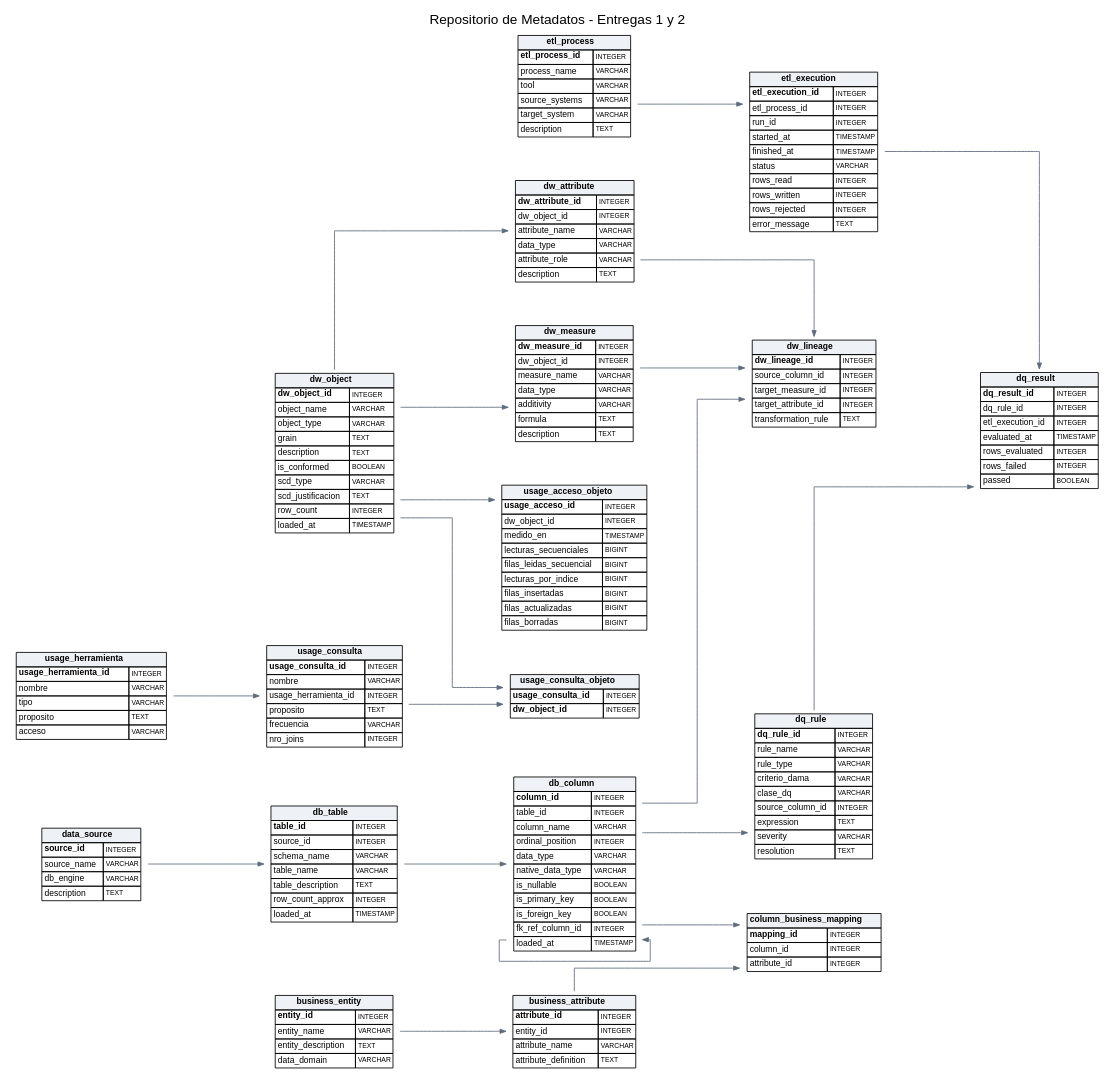
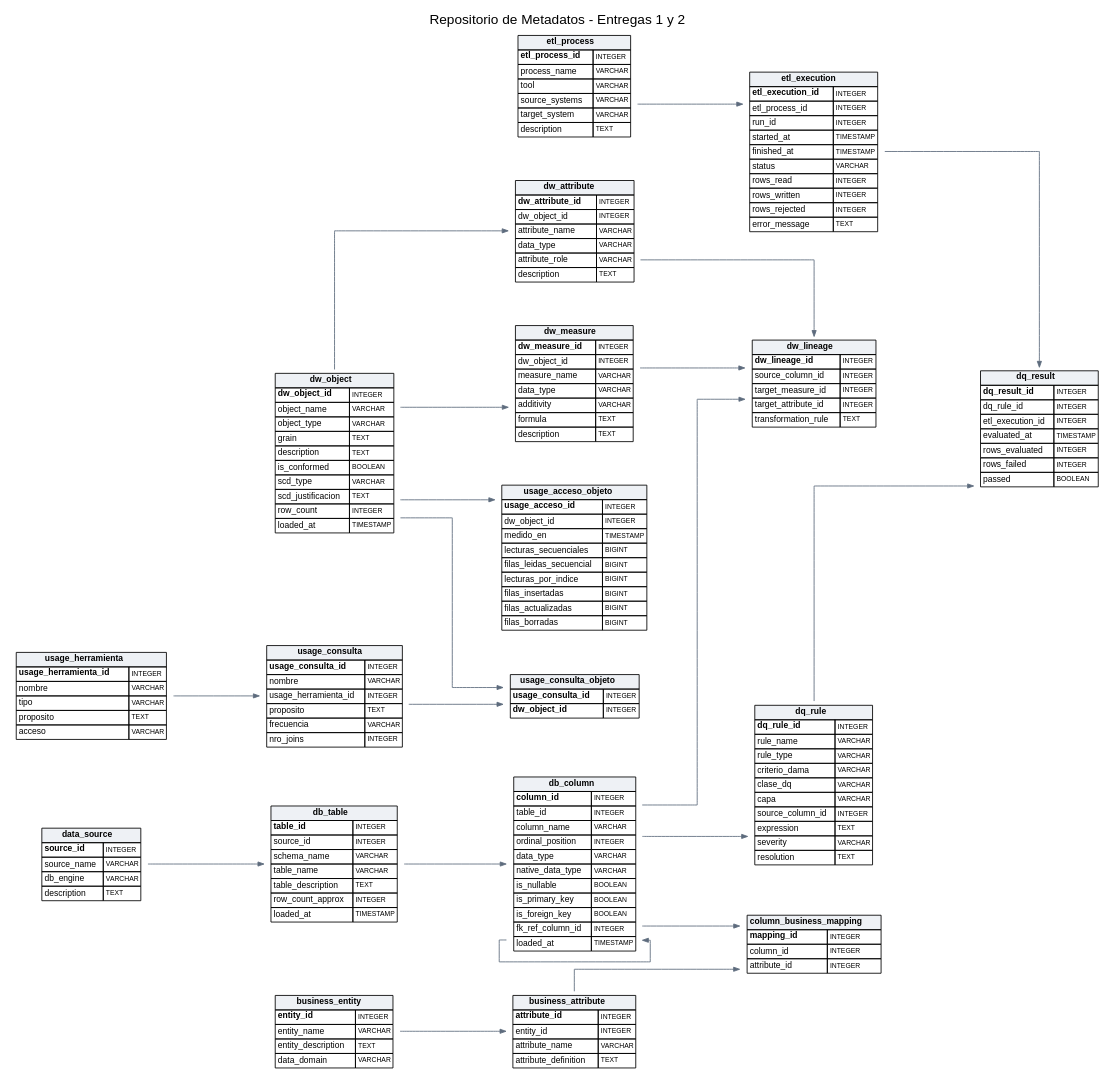
One commit to salo368/proyecto-modelos-datos changed the diagram in docs/Entrega_2/img/repositorio_metadatos.dot. Above: the diagram before and after it, drawn with Graphviz. The commit also changed 29 other files, not shown here.

```diff
--- a/docs/Entrega_2/img/repositorio_metadatos.dot
+++ b/docs/Entrega_2/img/repositorio_metadatos.dot
@@ -9,7 +9,7 @@
     db_column [label=<<TABLE BORDER="0" CELLBORDER="1" CELLSPACING="0"><TR><TD COLSPAN="2" BGCOLOR="#eef1f5"><B>db_column</B></TD></TR><TR><TD ALIGN="LEFT"><B>column_id</B></TD><TD ALIGN="LEFT"><FONT POINT-SIZE="8">INTEGER</FONT></TD></TR><TR><TD ALIGN="LEFT">table_id</TD><TD ALIGN="LEFT"><FONT POINT-SIZE="8">INTEGER</FONT></TD></TR><TR><TD ALIGN="LEFT">column_name</TD><TD ALIGN="LEFT"><FONT POINT-SIZE="8">VARCHAR</FONT></TD></TR><TR><TD ALIGN="LEFT">ordinal_position</TD><TD ALIGN="LEFT"><FONT POINT-SIZE="8">INTEGER</FONT></TD></TR><TR><TD ALIGN="LEFT">data_type</TD><TD ALIGN="LEFT"><FONT POINT-SIZE="8">VARCHAR</FONT></TD></TR><TR><TD ALIGN="LEFT">native_data_type</TD><TD ALIGN="LEFT"><FONT POINT-SIZE="8">VARCHAR</FONT></TD></TR><TR><TD ALIGN="LEFT">is_nullable</TD><TD ALIGN="LEFT"><FONT POINT-SIZE="8">BOOLEAN</FONT></TD></TR><TR><TD ALIGN="LEFT">is_primary_key</TD><TD ALIGN="LEFT"><FONT POINT-SIZE="8">BOOLEAN</FONT></TD></TR><TR><TD ALIGN="LEFT">is_foreign_key</TD><TD ALIGN="LEFT"><FONT POINT-SIZE="8">BOOLEAN</FONT></TD></TR><TR><TD ALIGN="LEFT">fk_ref_column_id</TD><TD ALIGN="LEFT"><FONT POINT-SIZE="8">INTEGER</FONT></TD></TR><TR><TD ALIGN="LEFT">loaded_at</TD><TD ALIGN="LEFT"><FONT POINT-SIZE="8">TIMESTAMP</FONT></TD></TR></TABLE>>];
     db_table [label=<<TABLE BORDER="0" CELLBORDER="1" CELLSPACING="0"><TR><TD COLSPAN="2" BGCOLOR="#eef1f5"><B>db_table</B></TD></TR><TR><TD ALIGN="LEFT"><B>table_id</B></TD><TD ALIGN="LEFT"><FONT POINT-SIZE="8">INTEGER</FONT></TD></TR><TR><TD ALIGN="LEFT">source_id</TD><TD ALIGN="LEFT"><FONT POINT-SIZE="8">INTEGER</FONT></TD></TR><TR><TD ALIGN="LEFT">schema_name</TD><TD ALIGN="LEFT"><FONT POINT-SIZE="8">VARCHAR</FONT></TD></TR><TR><TD ALIGN="LEFT">table_name</TD><TD ALIGN="LEFT"><FONT POINT-SIZE="8">VARCHAR</FONT></TD></TR><TR><TD ALIGN="LEFT">table_description</TD><TD ALIGN="LEFT"><FONT POINT-SIZE="8">TEXT</FONT></TD></TR><TR><TD ALIGN="LEFT">row_count_approx</TD><TD ALIGN="LEFT"><FONT POINT-SIZE="8">INTEGER</FONT></TD></TR><TR><TD ALIGN="LEFT">loaded_at</TD><TD ALIGN="LEFT"><FONT POINT-SIZE="8">TIMESTAMP</FONT></TD></TR></TABLE>>];
     dq_result [label=<<TABLE BORDER="0" CELLBORDER="1" CELLSPACING="0"><TR><TD COLSPAN="2" BGCOLOR="#eef1f5"><B>dq_result</B></TD></TR><TR><TD ALIGN="LEFT"><B>dq_result_id</B></TD><TD ALIGN="LEFT"><FONT POINT-SIZE="8">INTEGER</FONT></TD></TR><TR><TD ALIGN="LEFT">dq_rule_id</TD><TD ALIGN="LEFT"><FONT POINT-SIZE="8">INTEGER</FONT></TD></TR><TR><TD ALIGN="LEFT">etl_execution_id</TD><TD ALIGN="LEFT"><FONT POINT-SIZE="8">INTEGER</FONT></TD></TR><TR><TD ALIGN="LEFT">evaluated_at</TD><TD ALIGN="LEFT"><FONT POINT-SIZE="8">TIMESTAMP</FONT></TD></TR><TR><TD ALIGN="LEFT">rows_evaluated</TD><TD ALIGN="LEFT"><FONT POINT-SIZE="8">INTEGER</FONT></TD></TR><TR><TD ALIGN="LEFT">rows_failed</TD><TD ALIGN="LEFT"><FONT POINT-SIZE="8">INTEGER</FONT></TD></TR><TR><TD ALIGN="LEFT">passed</TD><TD ALIGN="LEFT"><FONT POINT-SIZE="8">BOOLEAN</FONT></TD></TR></TABLE>>];
-    dq_rule [label=<<TABLE BORDER="0" CELLBORDER="1" CELLSPACING="0"><TR><TD COLSPAN="2" BGCOLOR="#eef1f5"><B>dq_rule</B></TD></TR><TR><TD ALIGN="LEFT"><B>dq_rule_id</B></TD><TD ALIGN="LEFT"><FONT POINT-SIZE="8">INTEGER</FONT></TD></TR><TR><TD ALIGN="LEFT">rule_name</TD><TD ALIGN="LEFT"><FONT POINT-SIZE="8">VARCHAR</FONT></TD></TR><TR><TD ALIGN="LEFT">rule_type</TD><TD ALIGN="LEFT"><FONT POINT-SIZE="8">VARCHAR</FONT></TD></TR><TR><TD ALIGN="LEFT">criterio_dama</TD><TD ALIGN="LEFT"><FONT POINT-SIZE="8">VARCHAR</FONT></TD></TR><TR><TD ALIGN="LEFT">clase_dq</TD><TD ALIGN="LEFT"><FONT POINT-SIZE="8">VARCHAR</FONT></TD></TR><TR><TD ALIGN="LEFT">source_column_id</TD><TD ALIGN="LEFT"><FONT POINT-SIZE="8">INTEGER</FONT></TD></TR><TR><TD ALIGN="LEFT">expression</TD><TD ALIGN="LEFT"><FONT POINT-SIZE="8">TEXT</FONT></TD></TR><TR><TD ALIGN="LEFT">severity</TD><TD ALIGN="LEFT"><FONT POINT-SIZE="8">VARCHAR</FONT></TD></TR><TR><TD ALIGN="LEFT">resolution</TD><TD ALIGN="LEFT"><FONT POINT-SIZE="8">TEXT</FONT></TD></TR></TABLE>>];
+    dq_rule [label=<<TABLE BORDER="0" CELLBORDER="1" CELLSPACING="0"><TR><TD COLSPAN="2" BGCOLOR="#eef1f5"><B>dq_rule</B></TD></TR><TR><TD ALIGN="LEFT"><B>dq_rule_id</B></TD><TD ALIGN="LEFT"><FONT POINT-SIZE="8">INTEGER</FONT></TD></TR><TR><TD ALIGN="LEFT">rule_name</TD><TD ALIGN="LEFT"><FONT POINT-SIZE="8">VARCHAR</FONT></TD></TR><TR><TD ALIGN="LEFT">rule_type</TD><TD ALIGN="LEFT"><FONT POINT-SIZE="8">VARCHAR</FONT></TD></TR><TR><TD ALIGN="LEFT">criterio_dama</TD><TD ALIGN="LEFT"><FONT POINT-SIZE="8">VARCHAR</FONT></TD></TR><TR><TD ALIGN="LEFT">clase_dq</TD><TD ALIGN="LEFT"><FONT POINT-SIZE="8">VARCHAR</FONT></TD></TR><TR><TD ALIGN="LEFT">capa</TD><TD ALIGN="LEFT"><FONT POINT-SIZE="8">VARCHAR</FONT></TD></TR><TR><TD ALIGN="LEFT">source_column_id</TD><TD ALIGN="LEFT"><FONT POINT-SIZE="8">INTEGER</FONT></TD></TR><TR><TD ALIGN="LEFT">expression</TD><TD ALIGN="LEFT"><FONT POINT-SIZE="8">TEXT</FONT></TD></TR><TR><TD ALIGN="LEFT">severity</TD><TD ALIGN="LEFT"><FONT POINT-SIZE="8">VARCHAR</FONT></TD></TR><TR><TD ALIGN="LEFT">resolution</TD><TD ALIGN="LEFT"><FONT POINT-SIZE="8">TEXT</FONT></TD></TR></TABLE>>];
     dw_attribute [label=<<TABLE BORDER="0" CELLBORDER="1" CELLSPACING="0"><TR><TD COLSPAN="2" BGCOLOR="#eef1f5"><B>dw_attribute</B></TD></TR><TR><TD ALIGN="LEFT"><B>dw_attribute_id</B></TD><TD ALIGN="LEFT"><FONT POINT-SIZE="8">INTEGER</FONT></TD></TR><TR><TD ALIGN="LEFT">dw_object_id</TD><TD ALIGN="LEFT"><FONT POINT-SIZE="8">INTEGER</FONT></TD></TR><TR><TD ALIGN="LEFT">attribute_name</TD><TD ALIGN="LEFT"><FONT POINT-SIZE="8">VARCHAR</FONT></TD></TR><TR><TD ALIGN="LEFT">data_type</TD><TD ALIGN="LEFT"><FONT POINT-SIZE="8">VARCHAR</FONT></TD></TR><TR><TD ALIGN="LEFT">attribute_role</TD><TD ALIGN="LEFT"><FONT POINT-SIZE="8">VARCHAR</FONT></TD></TR><TR><TD ALIGN="LEFT">description</TD><TD ALIGN="LEFT"><FONT POINT-SIZE="8">TEXT</FONT></TD></TR></TABLE>>];
     dw_lineage [label=<<TABLE BORDER="0" CELLBORDER="1" CELLSPACING="0"><TR><TD COLSPAN="2" BGCOLOR="#eef1f5"><B>dw_lineage</B></TD></TR><TR><TD ALIGN="LEFT"><B>dw_lineage_id</B></TD><TD ALIGN="LEFT"><FONT POINT-SIZE="8">INTEGER</FONT></TD></TR><TR><TD ALIGN="LEFT">source_column_id</TD><TD ALIGN="LEFT"><FONT POINT-SIZE="8">INTEGER</FONT></TD></TR><TR><TD ALIGN="LEFT">target_measure_id</TD><TD ALIGN="LEFT"><FONT POINT-SIZE="8">INTEGER</FONT></TD></TR><TR><TD ALIGN="LEFT">target_attribute_id</TD><TD ALIGN="LEFT"><FONT POINT-SIZE="8">INTEGER</FONT></TD></TR><TR><TD ALIGN="LEFT">transformation_rule</TD><TD ALIGN="LEFT"><FONT POINT-SIZE="8">TEXT</FONT></TD></TR></TABLE>>];
     dw_measure [label=<<TABLE BORDER="0" CELLBORDER="1" CELLSPACING="0"><TR><TD COLSPAN="2" BGCOLOR="#eef1f5"><B>dw_measure</B></TD></TR><TR><TD ALIGN="LEFT"><B>dw_measure_id</B></TD><TD ALIGN="LEFT"><FONT POINT-SIZE="8">INTEGER</FONT></TD></TR><TR><TD ALIGN="LEFT">dw_object_id</TD><TD ALIGN="LEFT"><FONT POINT-SIZE="8">INTEGER</FONT></TD></TR><TR><TD ALIGN="LEFT">measure_name</TD><TD ALIGN="LEFT"><FONT POINT-SIZE="8">VARCHAR</FONT></TD></TR><TR><TD ALIGN="LEFT">data_type</TD><TD ALIGN="LEFT"><FONT POINT-SIZE="8">VARCHAR</FONT></TD></TR><TR><TD ALIGN="LEFT">additivity</TD><TD ALIGN="LEFT"><FONT POINT-SIZE="8">VARCHAR</FONT></TD></TR><TR><TD ALIGN="LEFT">formula</TD><TD ALIGN="LEFT"><FONT POINT-SIZE="8">TEXT</FONT></TD></TR><TR><TD ALIGN="LEFT">description</TD><TD ALIGN="LEFT"><FONT POINT-SIZE="8">TEXT</FONT></TD></TR></TABLE>>];
```
